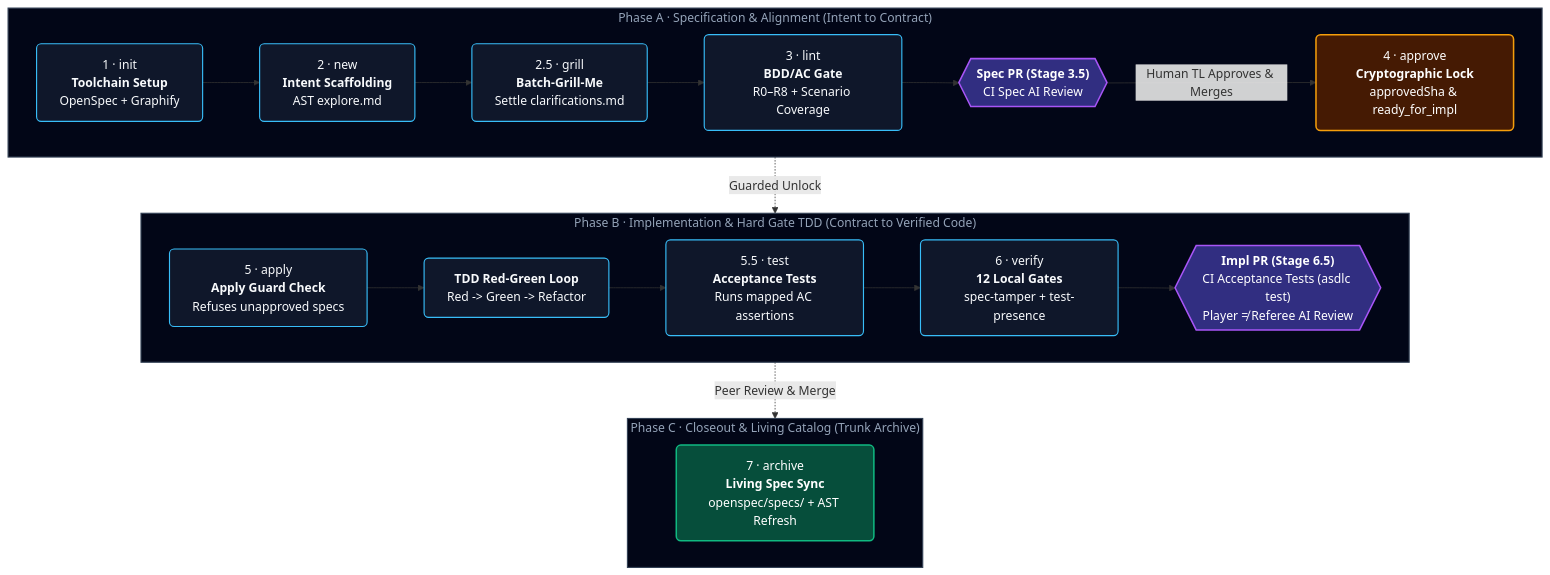
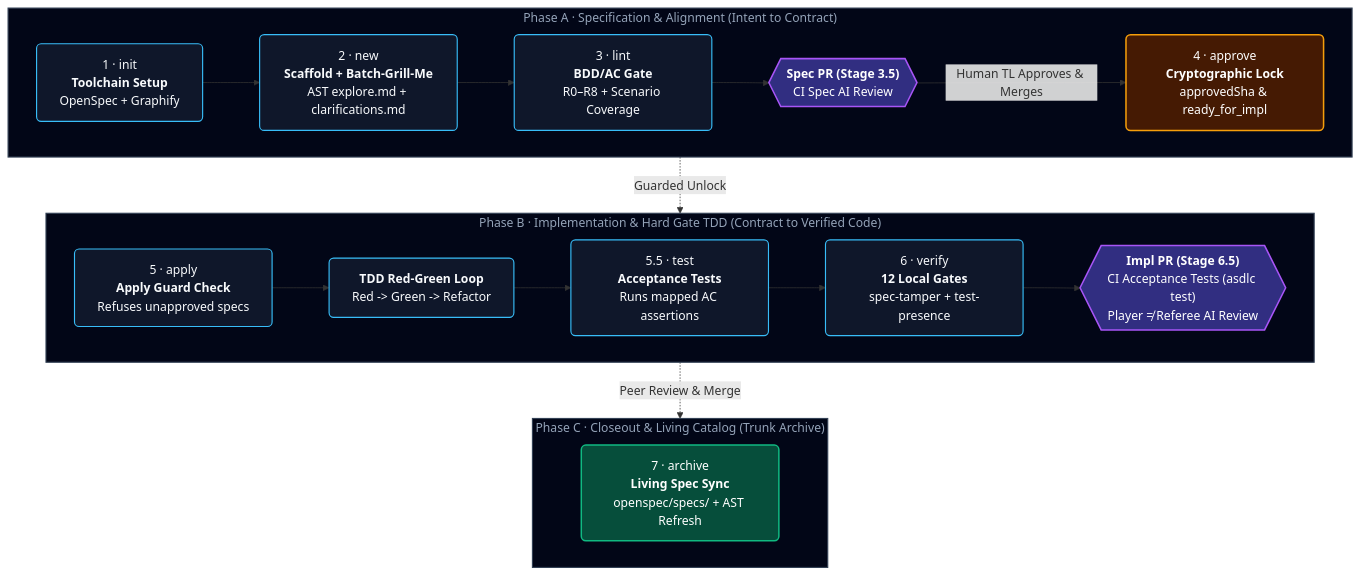
Before and after one commit to akjamie/agentic-sdlc: the second of 3 diagrams in README.md, drawn with Mermaid. The commit also changed other lines of this file, not shown here.

Commit message:
fix(readme): embed batch-grill-me directly into Stage 2 (new) in architecture and stages diagrams

````diff
--- a/README.md
+++ b/README.md
@@ -150,37 +149,36 @@
 ```mermaid
 flowchart TD
     subgraph PHASE1 ["Phase A · Specification & Alignment (Intent to Contract)"]
         direction LR
-        S1["1 · init<br/><b>Toolchain Setup</b><br/>OpenSpec + Graphify"] --> S2["2 · new<br/><b>Intent Scaffolding</b><br/>AST explore.md"]
-        S2 --> S2b["2.5 · grill<br/><b>Batch-Grill-Me</b><br/>Settle clarifications.md"]
-        S2b --> S3["3 · lint<br/><b>BDD/AC Gate</b><br/>R0–R8 + Scenario Coverage"]
+        S1["1 · init<br/><b>Toolchain Setup</b><br/>OpenSpec + Graphify"] --> S2["2 · new<br/><b>Scaffold + Batch-Grill-Me</b><br/>AST explore.md + clarifications.md"]
+        S2 --> S3["3 · lint<br/><b>BDD/AC Gate</b><br/>R0–R8 + Scenario Coverage"]
         S3 --> PR1{{"<b>Spec PR (Stage 3.5)</b><br/>CI Spec AI Review"}}
         PR1 -->|"Human TL Approves & Merges"| S4["4 · approve<br/><b>Cryptographic Lock</b><br/>approvedSha & ready_for_impl"]
     end
 
     subgraph PHASE2 ["Phase B · Implementation & Hard Gate TDD (Contract to Verified Code)"]
         direction LR
         S4 -.->|"Guarded Unlock"| S5["5 · apply<br/><b>Apply Guard Check</b><br/>Refuses unapproved specs"]
         S5 --> S5_TDD["<b>TDD Red-Green Loop</b><br/>Red -> Green -> Refactor"]
         S5_TDD --> S5_TEST["5.5 · test<br/><b>Acceptance Tests</b><br/>Runs mapped AC assertions"]
         S5_TEST --> S6["6 · verify<br/><b>12 Local Gates</b><br/>spec-tamper + test-presence"]
         S6 --> PR2{{"<b>Impl PR (Stage 6.5)</b><br/>CI Acceptance Tests (asdlc test)<br/>Player ≠ Referee AI Review"}}
     end
 
     subgraph PHASE3 ["Phase C · Closeout & Living Catalog (Trunk Archive)"]
         direction LR
         PR2 -.->|"Peer Review & Merge"| S7["7 · archive<br/><b>Living Spec Sync</b><br/>openspec/specs/ + AST Refresh"]
     end
 
     classDef stageBox fill:#0f172a,stroke:#38bdf8,stroke-width:1.5px,color:#f8fafc,rx:6px,ry:6px;
     classDef prBox fill:#312e81,stroke:#a855f7,stroke-width:2px,color:#ffffff,rx:10px,ry:10px;
     classDef lockBox fill:#451a03,stroke:#f59e0b,stroke-width:2px,color:#ffffff,rx:6px,ry:6px;
     classDef closeBox fill:#064e3b,stroke:#10b981,stroke-width:2px,color:#ffffff,rx:6px,ry:6px;
     classDef subStyle fill:#020617,stroke:#334155,stroke-width:1.5px,color:#94a3b8;
 
-    class S1,S2,S2b,S3,S5,S5_TDD,S5_TEST,S6 stageBox;
+    class S1,S2,S3,S5,S5_TDD,S5_TEST,S6 stageBox;
     class PR1,PR2 prBox;
     class S4 lockBox;
     class S7 closeBox;
     class PHASE1,PHASE2,PHASE3 subStyle;
 ```
````
